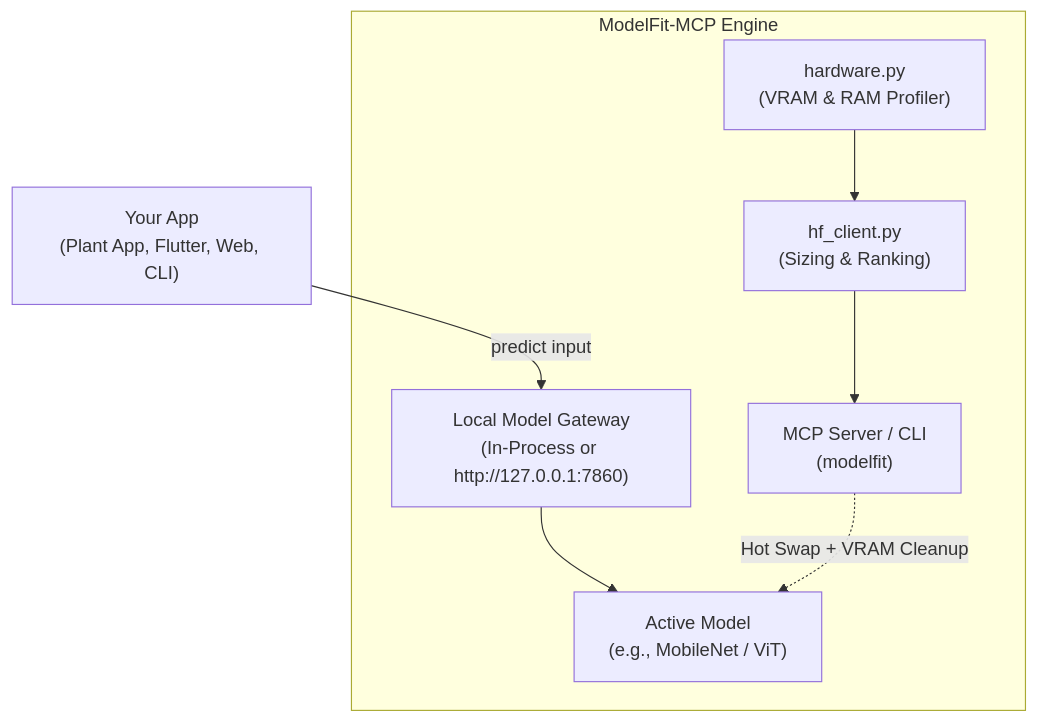
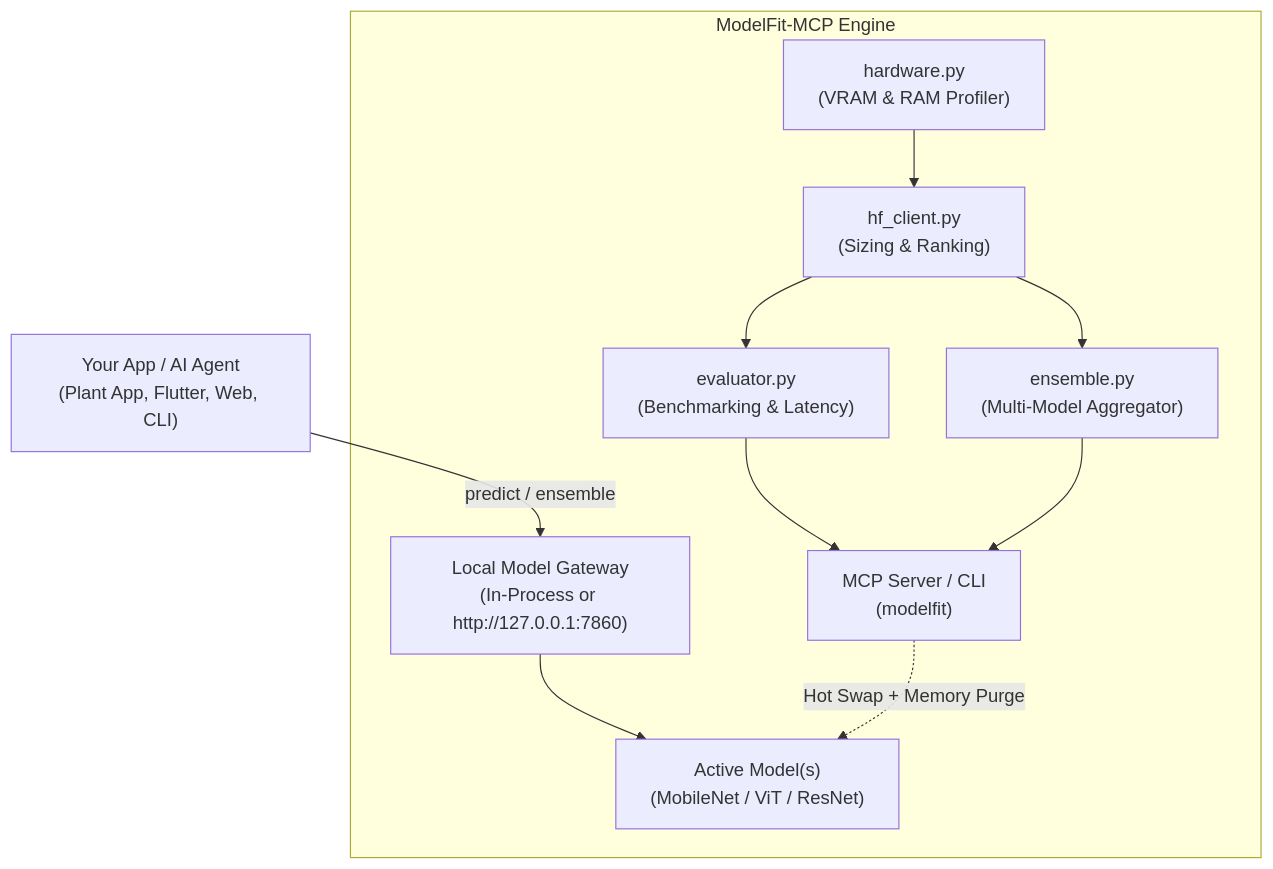
One commit to DumboDhruvi/ModelFit-MCP changed the diagram in README.md. Above: the diagram before and after it, drawn with Mermaid. The commit also changed other lines of this file and 11 other files, not shown here.

Commit message:
feat: add empirical model benchmarking, high-speed ensemble gateway, and docs site

````diff
--- a/README.md
+++ b/README.md
@@ -25,11 +27,14 @@
 ```mermaid
 flowchart TD
-    User["Your App\n(Plant App, Flutter, Web, CLI)"] -->|predict input| Gateway["Local Model Gateway\n(In-Process or http://127.0.0.1:7860)"]
+    User["Your App / AI Agent\n(Plant App, Flutter, Web, CLI)"] -->|predict / ensemble| Gateway["Local Model Gateway\n(In-Process or http://127.0.0.1:7860)"]
     
     subgraph Engine["ModelFit-MCP Engine"]
-        Gateway --> ActiveModel["Active Model\n(e.g., MobileNet / ViT)"]
-        MCP["MCP Server / CLI\n(modelfit)"] -.->|Hot Swap + VRAM Cleanup| ActiveModel
+        Gateway --> ActiveModel["Active Model(s)\n(MobileNet / ViT / ResNet)"]
+        MCP["MCP Server / CLI\n(modelfit)"] -.->|Hot Swap + Memory Purge| ActiveModel
         Profiler["hardware.py\n(VRAM & RAM Profiler)"] --> HFFilter["hf_client.py\n(Sizing & Ranking)"]
-        HFFilter --> MCP
+        HFFilter --> Evaluator["evaluator.py\n(Benchmarking & Latency)"]
+        HFFilter --> Ensemble["ensemble.py\n(Multi-Model Aggregator)"]
+        Evaluator --> MCP
+        Ensemble --> MCP
     end
 ```
````
